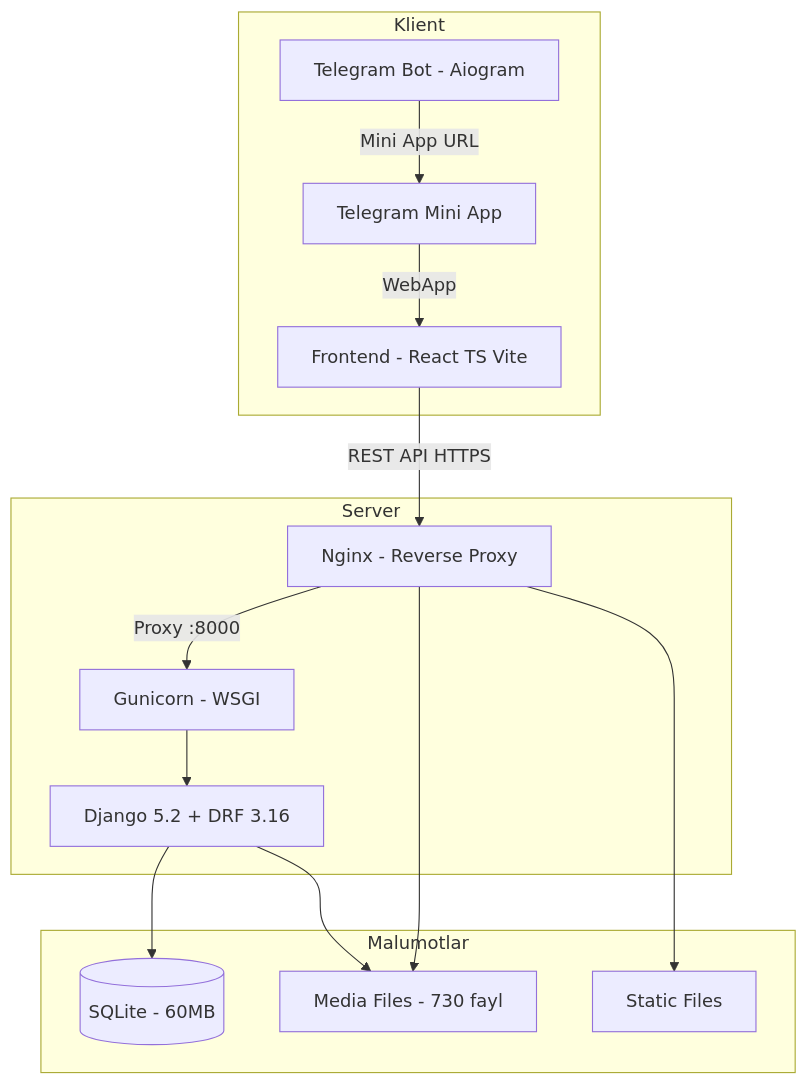
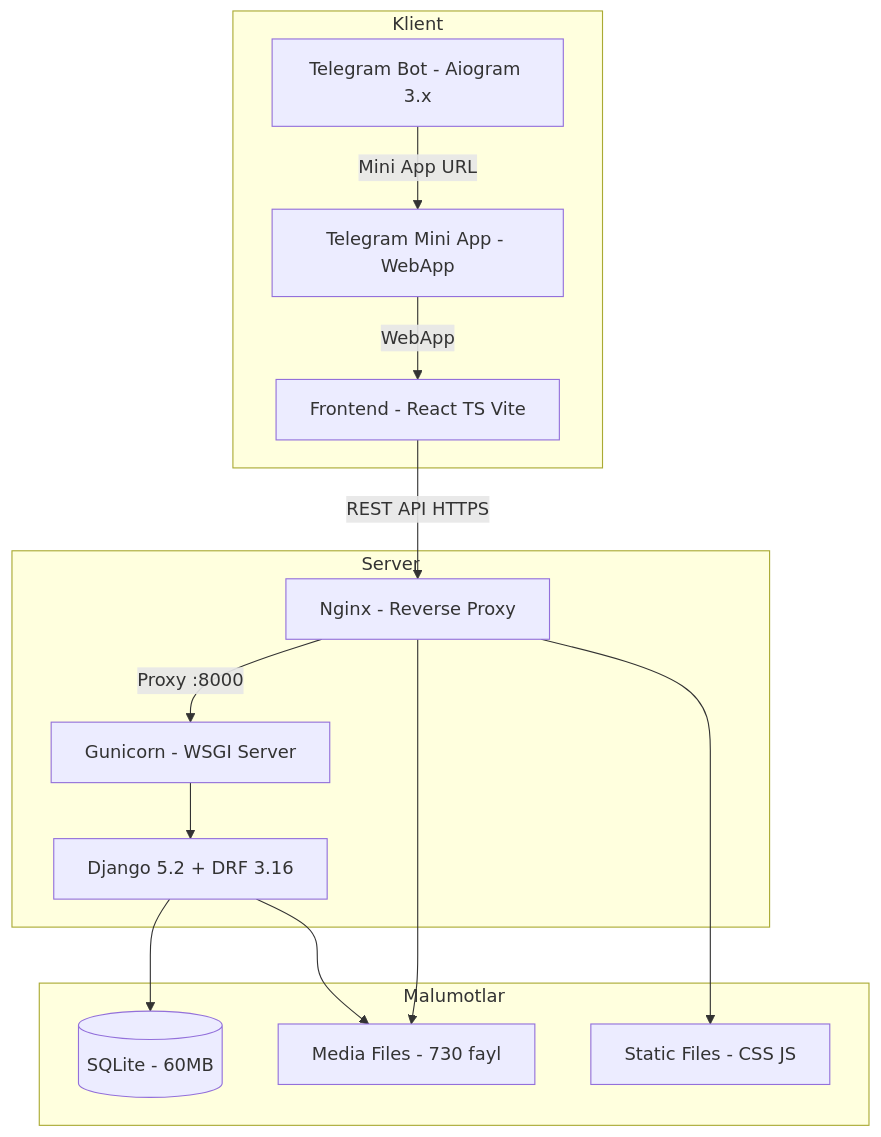
Before and after one commit to khismoiloff/BrpAvtoTest: the second of 16 diagrams in README.md, drawn with Mermaid. The commit also changed other lines of this file, not shown here.

````diff
--- a/README.md
+++ b/README.md
@@ -125,31 +174,31 @@
 ```mermaid
 %%{init: {'theme': 'default'}}%%
 graph TB
     subgraph Klient
         FE[Frontend - React TS Vite]
-        TG[Telegram Bot - Aiogram]
-        MA[Telegram Mini App]
+        TG[Telegram Bot - Aiogram 3.x]
+        MA[Telegram Mini App - WebApp]
     end
 
     subgraph Server
         NG[Nginx - Reverse Proxy]
-        GU[Gunicorn - WSGI]
+        GU[Gunicorn - WSGI Server]
         DJ[Django 5.2 + DRF 3.16]
     end
 
     subgraph Malumotlar
         DB[(SQLite - 60MB)]
         FS[Media Files - 730 fayl]
-        ST[Static Files]
+        ST[Static Files - CSS JS]
     end
 
     FE -->|REST API HTTPS| NG
     TG -->|Mini App URL| MA
     MA -->|WebApp| FE
     NG -->|Proxy :8000| GU
     GU --> DJ
     DJ --> DB
     DJ --> FS
     NG --> ST
     NG --> FS
 ```
````
